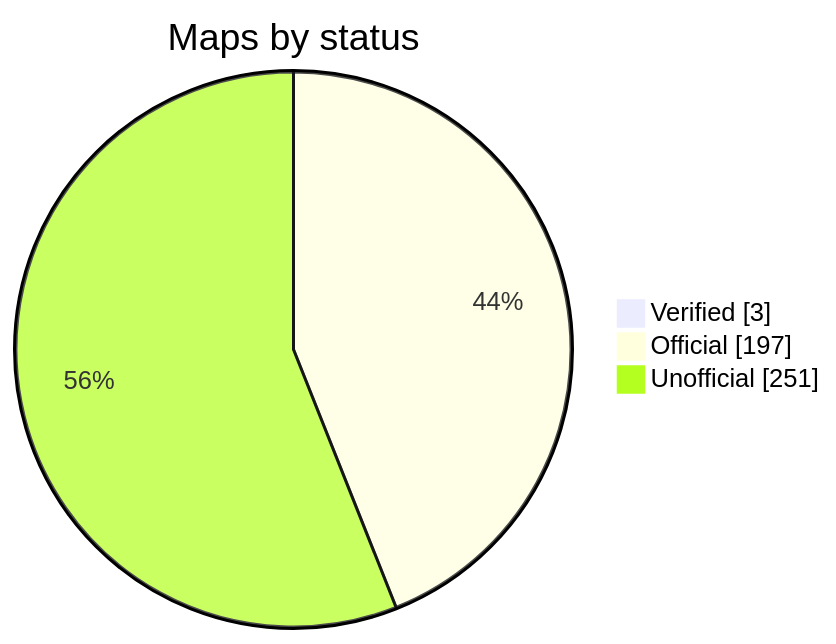
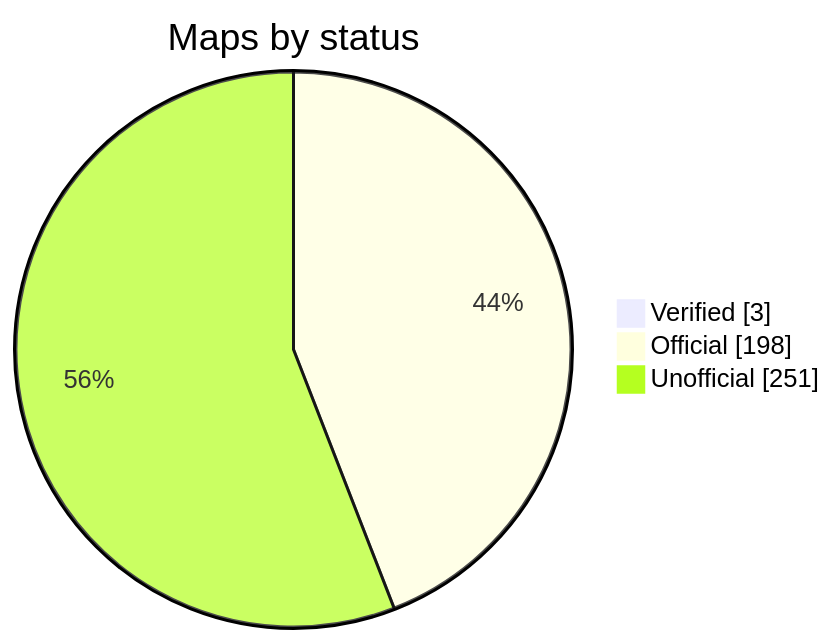
The diagram in README.md (nobrega8/mbmap-library), drawn with Mermaid before and after one commit. The commit also changed 2 other files, not shown here.

Commit message:
Add the Schneider Electric Symmetra PX 250/500 kVA map

````diff
--- a/README.md
+++ b/README.md
@@ -48,7 +48,7 @@
 ```mermaid
 pie showData
     title Maps by status
     "Verified" : 3
-    "Official" : 197
+    "Official" : 198
     "Unofficial" : 251
 ```
````
